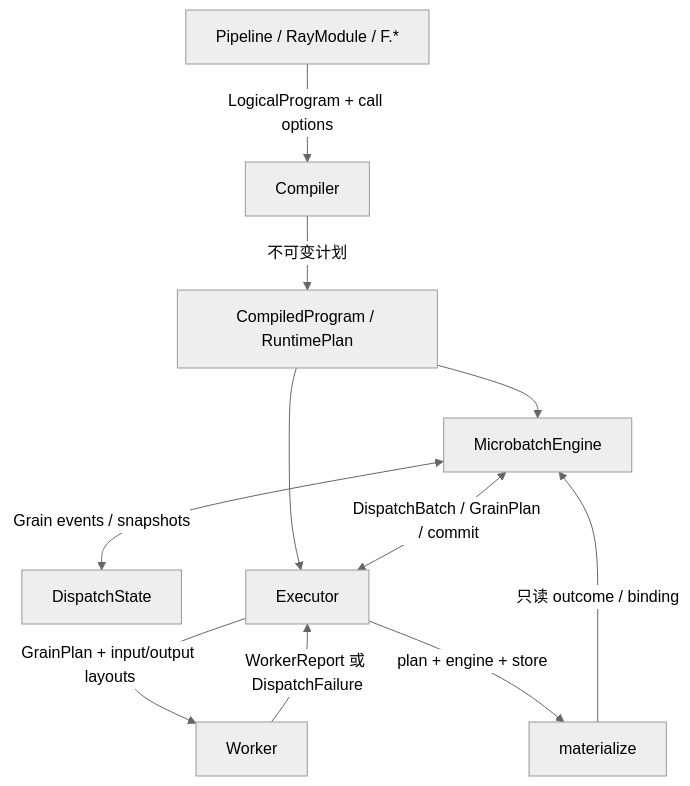
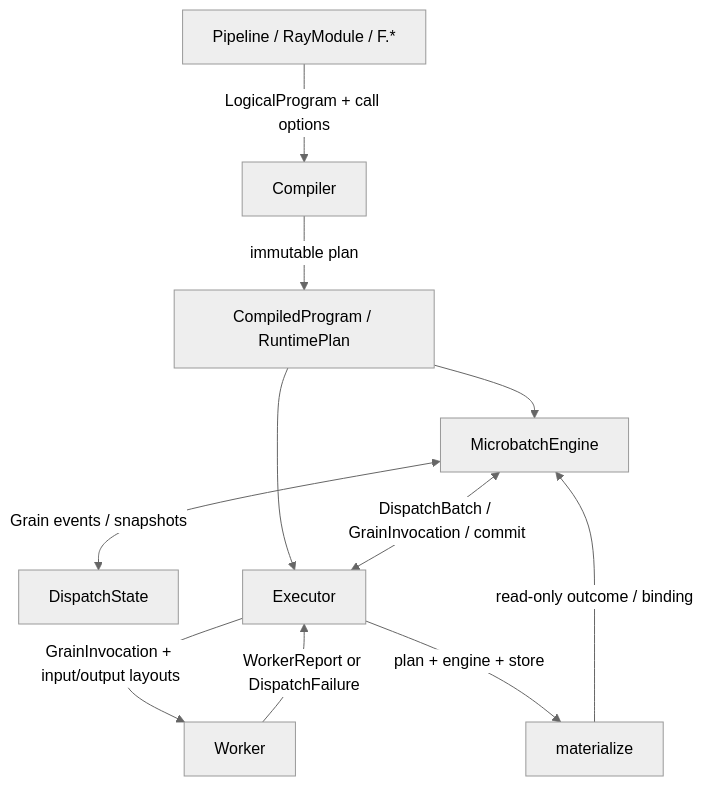
One commit to OpenDCAI/RayOrch changed diagram 18 of 24 in docs/multigrain_v3_6_getting_started.md. Above: the diagram before and after it, drawn with Mermaid (neutral theme). The commit also changed other lines of this file and 31 other files, not shown here.

Commit message:
docs(v3.6): publish bilingual architecture guides

````diff
--- a/docs/multigrain_v3_6_getting_started.md
+++ b/docs/multigrain_v3_6_getting_started.md
@@ -1217,22 +1676,22 @@
 ```mermaid
 flowchart TB
     API["Pipeline / RayModule / F.*"]
     Compiler["Compiler"]
     Plan["CompiledProgram / RuntimePlan"]
     Engine["MicrobatchEngine"]
     Dispatch["DispatchState"]
     Executor["Executor"]
     Worker["Worker"]
     Materialize["materialize"]
 
     API -->|"LogicalProgram + call options"| Compiler
-    Compiler -->|"不可变计划"| Plan
+    Compiler -->|"immutable plan"| Plan
     Plan --> Engine
     Plan --> Executor
-    Engine <-->|"DispatchBatch / GrainPlan / commit"| Executor
-    Executor -->|"GrainPlan + input/output layouts"| Worker
-    Worker -->|"WorkerReport 或 DispatchFailure"| Executor
+    Engine <-->|"DispatchBatch / GrainInvocation / commit"| Executor
+    Executor -->|"GrainInvocation + input/output layouts"| Worker
+    Worker -->|"WorkerReport or DispatchFailure"| Executor
     Engine <-->|"Grain events / snapshots"| Dispatch
     Executor -->|"plan + engine + store"| Materialize
-    Materialize -->|"只读 outcome / binding"| Engine
+    Materialize -->|"read-only outcome / binding"| Engine
 ```
````
